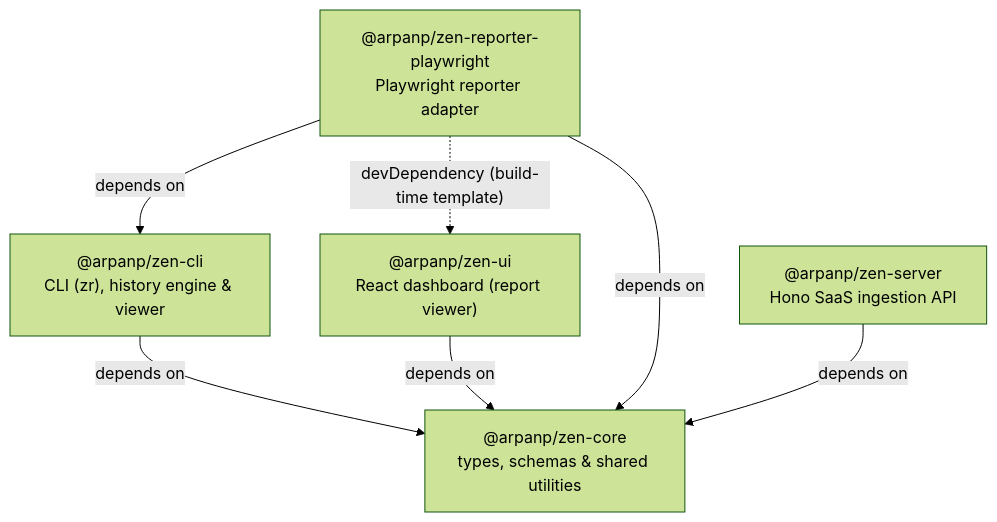
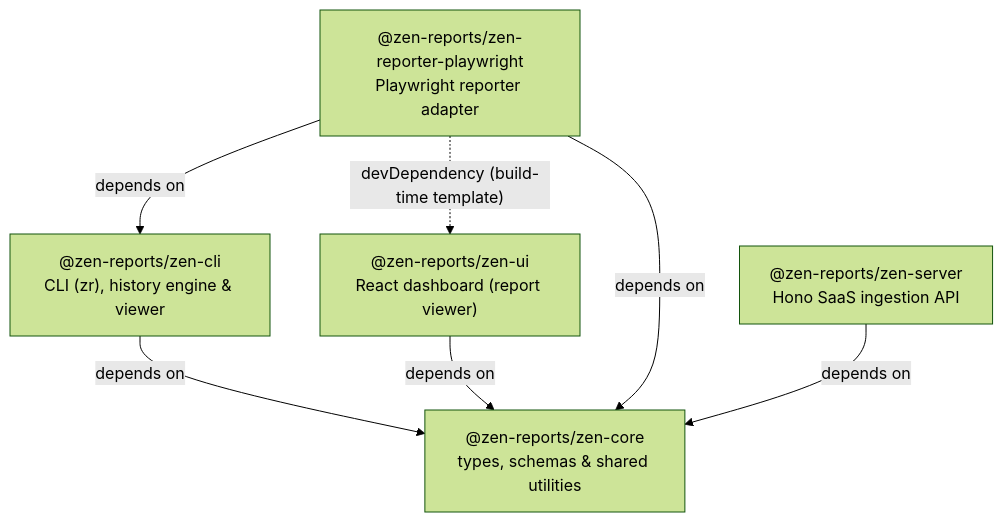
The first of 2 diagrams in docs/architecture.md (zen-reports/zen-reports), drawn with Mermaid (forest theme) before and after one commit. The commit also changed other lines of this file and 102 other files, not shown here.

Commit message:
chore: migrate package scope from @arpanp to @zen-reports

````diff
--- a/docs/architecture.md
+++ b/docs/architecture.md
@@ -23,15 +23,15 @@
 ```mermaid
 flowchart TD
-    CORE["@arpanp/zen-core<br/>types, schemas & shared utilities"]
-    CLI["@arpanp/zen-cli<br/>CLI (zr), history engine & viewer"]
-    UI["@arpanp/zen-ui<br/>React dashboard (report viewer)"]
-    REP["@arpanp/zen-reporter-playwright<br/>Playwright reporter adapter"]
-    SRV["@arpanp/zen-server<br/>Hono SaaS ingestion API"]
+    CORE["@zen-reports/zen-core<br/>types, schemas & shared utilities"]
+    CLI["@zen-reports/zen-cli<br/>CLI (zr), history engine & viewer"]
+    UI["@zen-reports/zen-ui<br/>React dashboard (report viewer)"]
+    REP["@zen-reports/zen-reporter-playwright<br/>Playwright reporter adapter"]
+    SRV["@zen-reports/zen-server<br/>Hono SaaS ingestion API"]
 
     CLI -->|depends on| CORE
     UI -->|depends on| CORE
     REP -->|depends on| CORE
     REP -->|depends on| CLI
     SRV -->|depends on| CORE
     REP -. devDependency (build-time template) .-> UI
 ```
````
